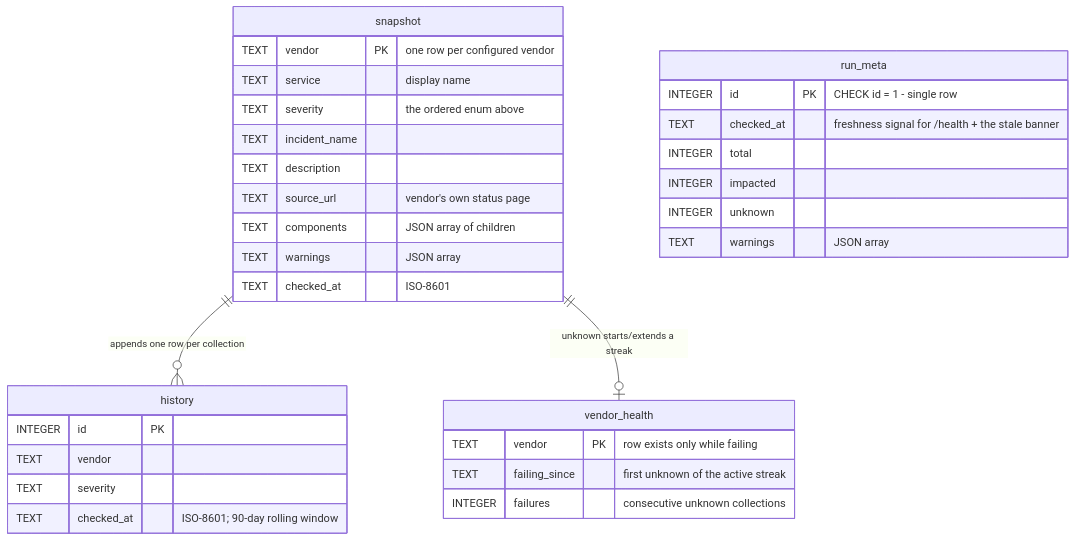
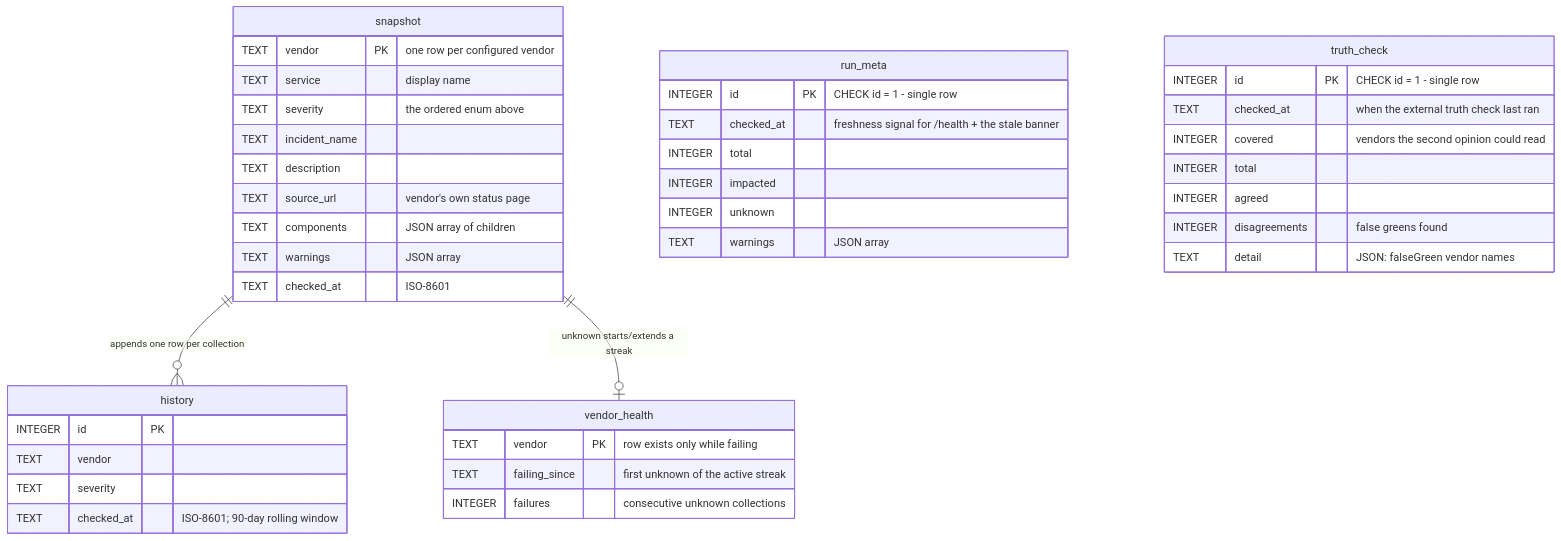
One commit to bjgreenberg/vendor-dashboard changed the second of 2 diagrams in README.md. Above: the diagram before and after it, drawn with Mermaid. The commit also changed other lines of this file and 25 other files, not shown here.

First line of the commit message:
feat(truth-check): verify the board against the vendors' own feeds, stamp it, and never ship a shrunken logo manifest (#34) (#132)

````diff
--- a/README.md
+++ b/README.md
@@ -141,35 +141,44 @@
 ```mermaid
 erDiagram
     snapshot {
         TEXT vendor PK "one row per configured vendor"
         TEXT service "display name"
         TEXT severity "the ordered enum above"
         TEXT incident_name
         TEXT description
         TEXT source_url "vendor's own status page"
         TEXT components "JSON array of children"
         TEXT warnings "JSON array"
         TEXT checked_at "ISO-8601"
     }
     history {
         INTEGER id PK
         TEXT vendor
         TEXT severity
         TEXT checked_at "ISO-8601; 90-day rolling window"
     }
     run_meta {
         INTEGER id PK "CHECK id = 1 - single row"
         TEXT checked_at "freshness signal for /health + the stale banner"
         INTEGER total
         INTEGER impacted
         INTEGER unknown
         TEXT warnings "JSON array"
     }
     vendor_health {
         TEXT vendor PK "row exists only while failing"
         TEXT failing_since "first unknown of the active streak"
         INTEGER failures "consecutive unknown collections"
     }
+    truth_check {
+        INTEGER id PK "CHECK id = 1 - single row"
+        TEXT checked_at "when the external truth check last ran"
+        INTEGER covered "vendors the second opinion could read"
+        INTEGER total
+        INTEGER agreed
+        INTEGER disagreements "false greens found"
+        TEXT detail "JSON: falseGreen vendor names"
+    }
     snapshot ||--o{ history : "appends one row per collection"
     snapshot ||--o| vendor_health : "unknown starts/extends a streak"
 ```
````
